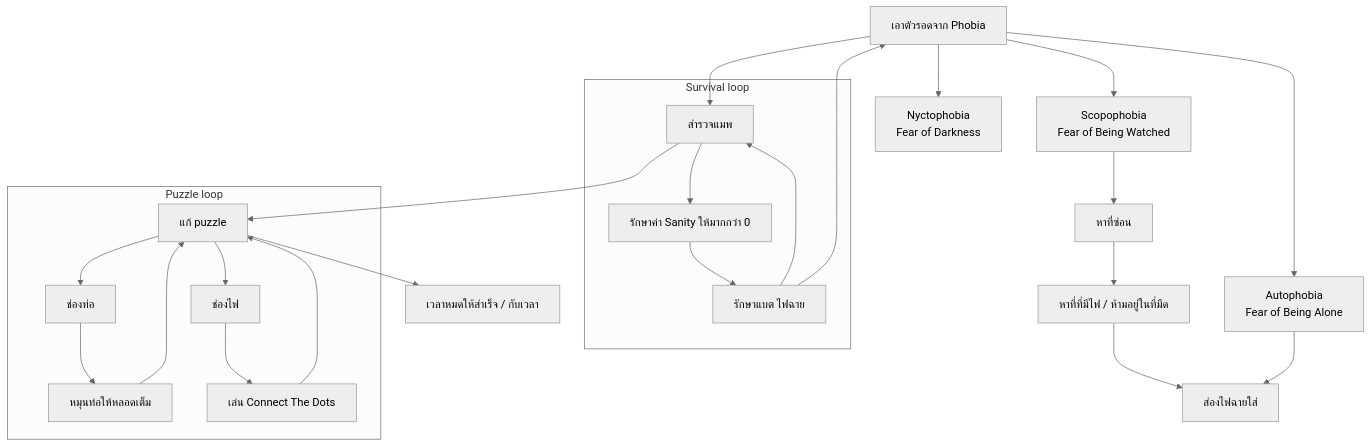
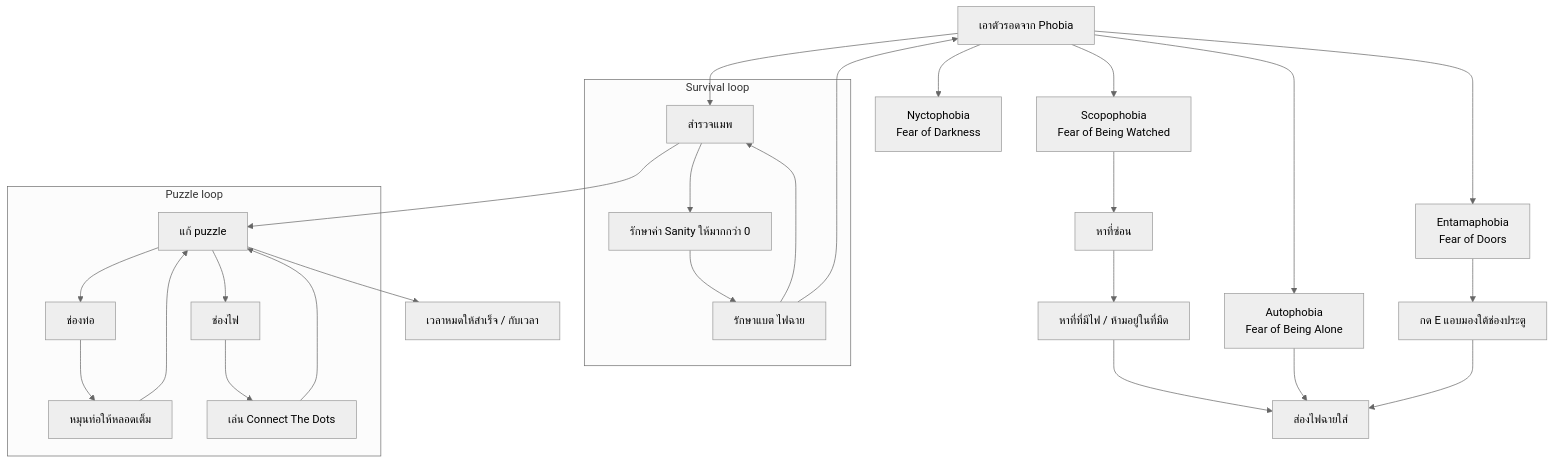
Before and after one commit to Sambopukkazz/DG225_CoreX: the second of 3 diagrams in docs/01_GDD/01-core-loop.md, drawn with Mermaid (neutral theme). The commit also changed other lines of this file and 21 other files, not shown here.

````diff
--- a/docs/01_GDD/01-core-loop.md
+++ b/docs/01_GDD/01-core-loop.md
@@ -28,30 +28,33 @@
 ```mermaid
 flowchart TD
     P[เอาตัวรอดจาก Phobia]
     P --> S[Scopophobia<br/>Fear of Being Watched]
     P --> N[Nyctophobia<br/>Fear of Darkness]
     P --> A[Autophobia<br/>Fear of Being Alone]
+    P --> EN[Entamaphobia<br/>Fear of Doors]
     S --> S1[หาที่ซ่อน]
     S1 --> S2[หาที่ที่มีไฟ / ห้ามอยู่ในที่มืด]
     S2 --> S3[ส่องไฟฉายใส่]
     A --> S3
+    EN --> S4[กด E แอบมองใต้ช่องประตู]
+    S4 --> S3
 
     subgraph Cyan[Survival loop]
       E1[สำรวจแมพ] --> E2[รักษาค่า Sanity ให้มากกว่า 0]
       E2 --> E3[รักษาแบต ไฟฉาย]
       E3 --> E1
     end
     P --> E1
     E3 --> P
 
     subgraph Green[Puzzle loop]
       Q[แก้ puzzle] --> Q1[ช่องท่อ]
       Q1 --> Q2[หมุนท่อให้หลอดเต็ม]
       Q2 --> Q
       Q --> Q3[ช่องไฟ]
       Q3 --> Q4[เล่น Connect The Dots]
       Q4 --> Q
     end
     E1 --> Q
     Q --> T[เวลาหมดให้สำเร็จ / กับเวลา]
 ```
````
